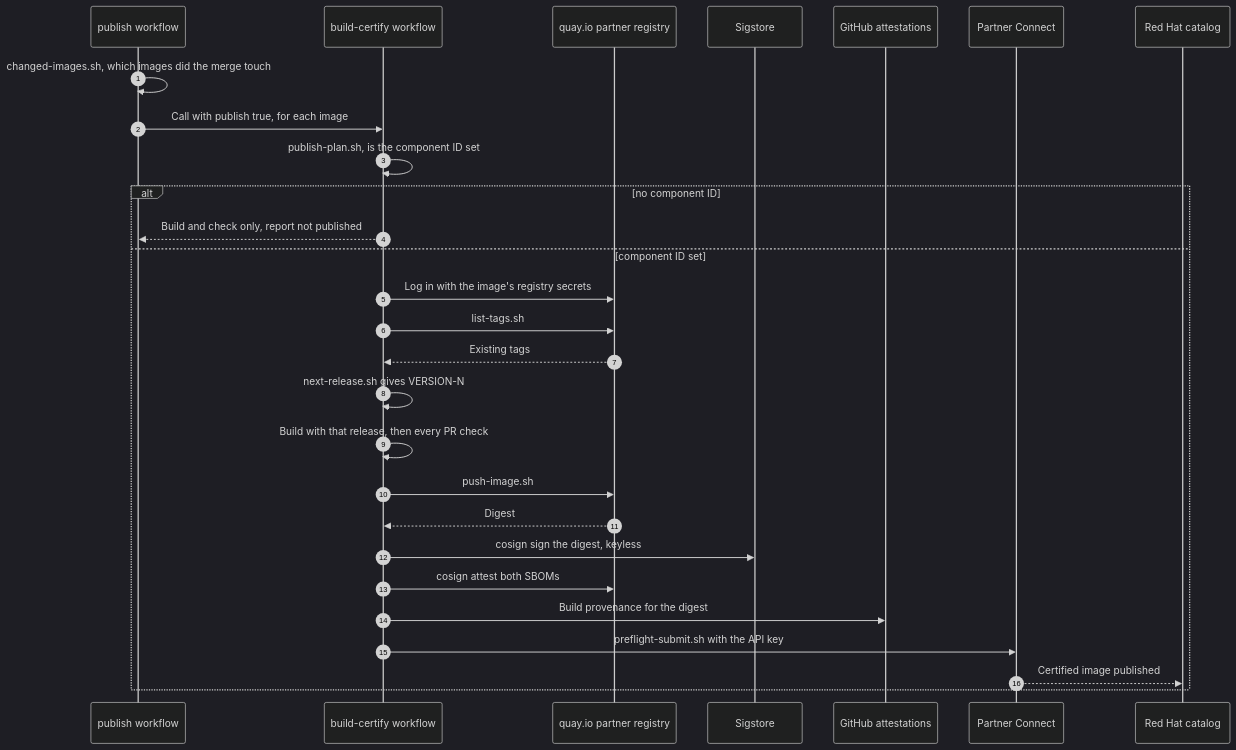
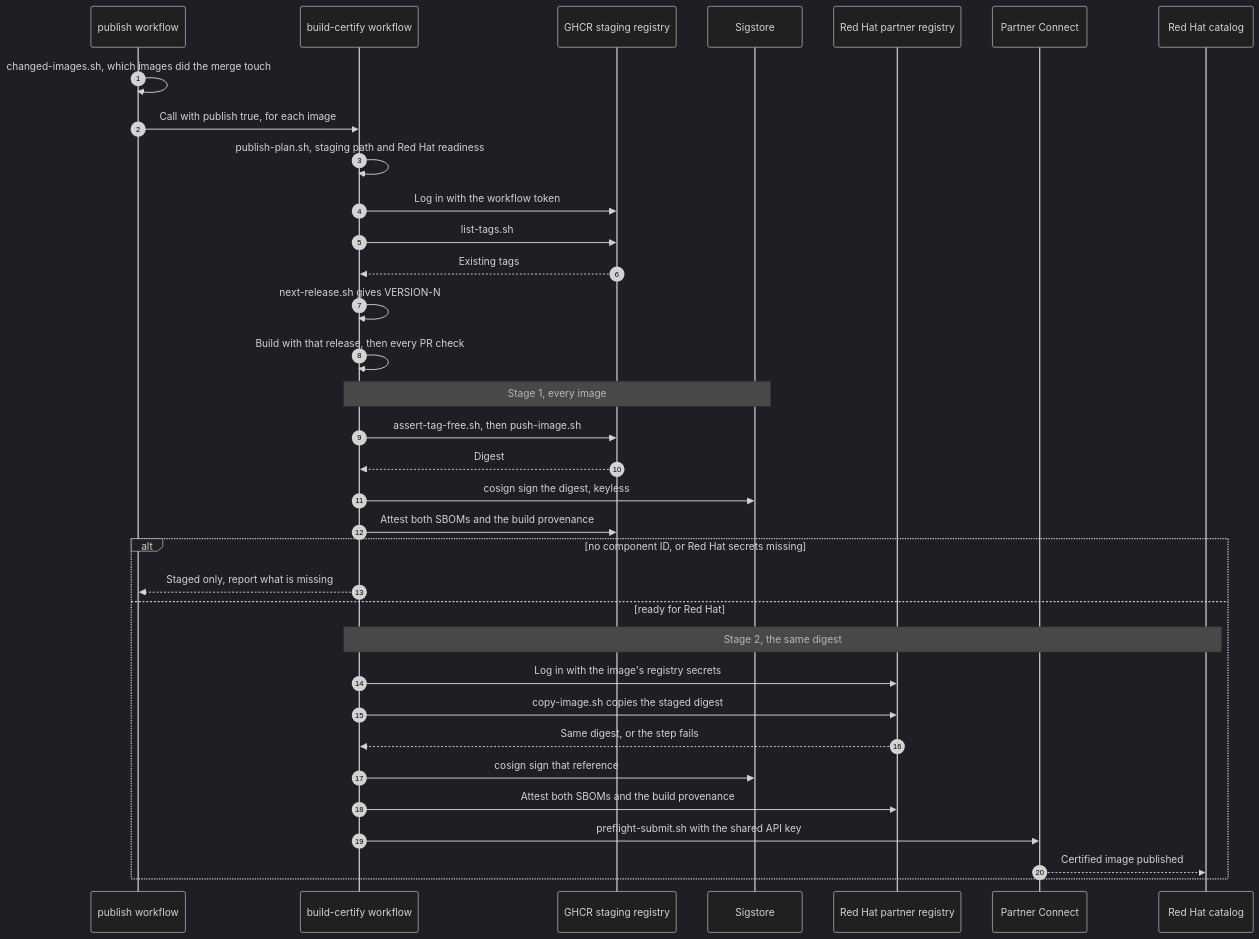
One commit to stakater/certified-images changed the fourth of 5 diagrams in README.md. Above: the diagram before and after it, drawn with Mermaid (dark theme). The commit also changed other lines of this file and 10 other files, not shown here.

First line of the commit message:
Stage every image to GHCR; promote the same digest to Red Hat (P.2a)

````diff
--- a/README.md
+++ b/README.md
@@ -138,31 +149,37 @@
 ```mermaid
 sequenceDiagram
   autonumber
   participant PUB as publish workflow
   participant WF as build-certify workflow
-  participant Q as quay.io partner registry
+  participant GH as GHCR staging registry
   participant SIG as Sigstore
-  participant GHA as GitHub attestations
+  participant Q as Red Hat partner registry
   participant PC as Partner Connect
   participant CAT as Red Hat catalog
 
   PUB->>PUB: changed-images.sh, which images did the merge touch
   PUB->>WF: Call with publish true, for each image
-  WF->>WF: publish-plan.sh, is the component ID set
-  alt no component ID
-    WF-->>PUB: Build and check only, report not published
-  else component ID set
+  WF->>WF: publish-plan.sh, staging path and Red Hat readiness
+  WF->>GH: Log in with the workflow token
+  WF->>GH: list-tags.sh
+  GH-->>WF: Existing tags
+  WF->>WF: next-release.sh gives VERSION-N
+  WF->>WF: Build with that release, then every PR check
+  Note over WF,SIG: Stage 1, every image
+  WF->>GH: assert-tag-free.sh, then push-image.sh
+  GH-->>WF: Digest
+  WF->>SIG: cosign sign the digest, keyless
+  WF->>GH: Attest both SBOMs and the build provenance
+  alt no component ID, or Red Hat secrets missing
+    WF-->>PUB: Staged only, report what is missing
+  else ready for Red Hat
+    Note over WF,CAT: Stage 2, the same digest
     WF->>Q: Log in with the image's registry secrets
-    WF->>Q: list-tags.sh
-    Q-->>WF: Existing tags
-    WF->>WF: next-release.sh gives VERSION-N
-    WF->>WF: Build with that release, then every PR check
-    WF->>Q: push-image.sh
-    Q-->>WF: Digest
-    WF->>SIG: cosign sign the digest, keyless
-    WF->>Q: cosign attest both SBOMs
-    WF->>GHA: Build provenance for the digest
-    WF->>PC: preflight-submit.sh with the API key
+    WF->>Q: copy-image.sh copies the staged digest
+    Q-->>WF: Same digest, or the step fails
+    WF->>SIG: cosign sign that reference
+    WF->>Q: Attest both SBOMs and the build provenance
+    WF->>PC: preflight-submit.sh with the shared API key
     PC-->>CAT: Certified image published
   end
 ```
````
